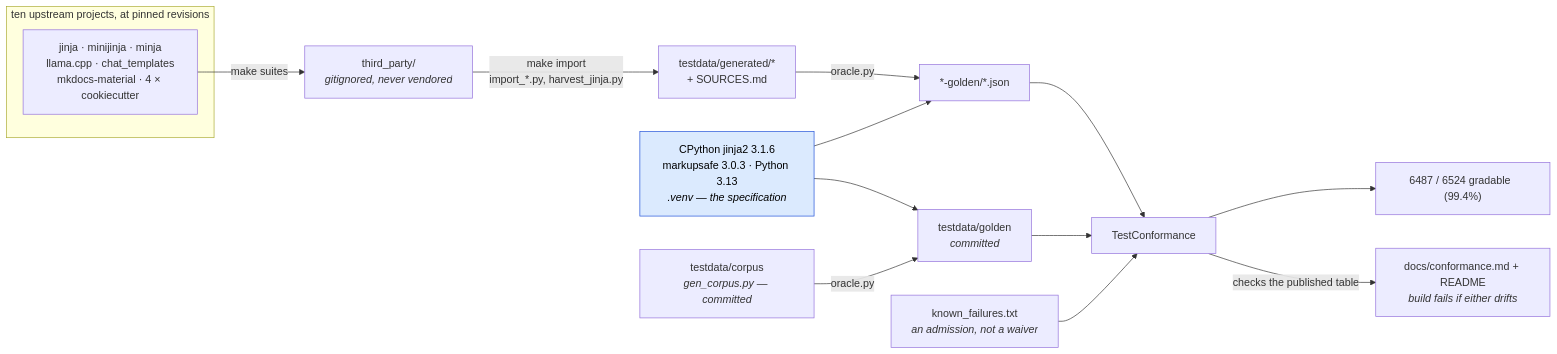
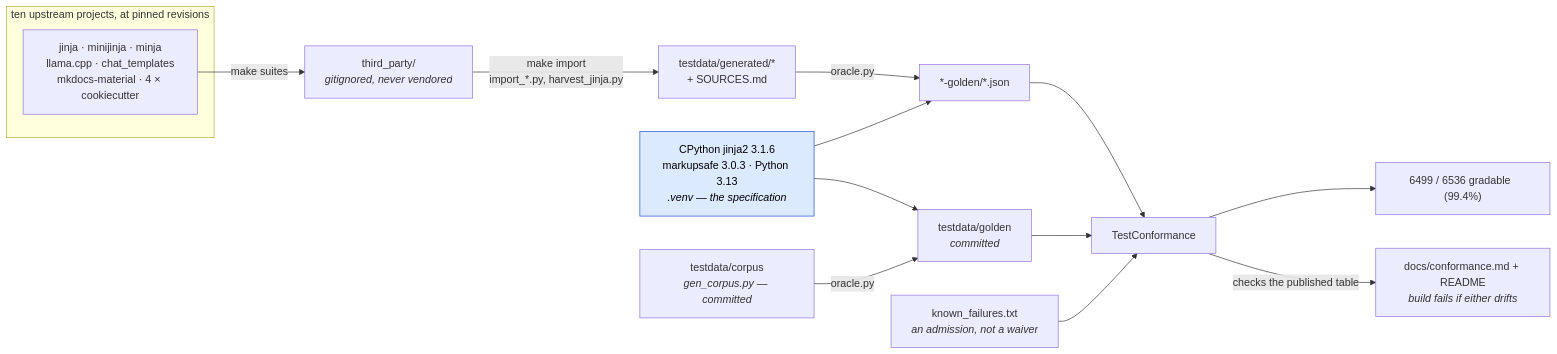
One commit to mgilbir/gojja2 changed the first of 2 diagrams in docs/conformance.md. Above: the diagram before and after it, drawn with Mermaid. The commit also changed other lines of this file and 42 other files, not shown here.

````diff
--- a/docs/conformance.md
+++ b/docs/conformance.md
@@ -17,24 +17,24 @@
 ```mermaid
 flowchart LR
     subgraph up["ten upstream projects, at pinned revisions"]
         U1["jinja · minijinja · minja<br/>llama.cpp · chat_templates<br/>mkdocs-material · 4 × cookiecutter"]
     end
     U1 -->|"make suites"| TP["third_party/<br/><i>gitignored, never vendored</i>"]
     TP -->|"make import<br/>import_*.py, harvest_jinja.py"| GEN["testdata/generated/*<br/>+ SOURCES.md"]
 
     ORA["CPython jinja2 3.1.6<br/>markupsafe 3.0.3 · Python 3.13<br/><i>.venv — the specification</i>"]
     GEN -->|"oracle.py"| G2["*-golden/*.json"]
     ORA --> G2
 
     OWN["testdata/corpus<br/><i>gen_corpus.py — committed</i>"] -->|"oracle.py"| G1["testdata/golden<br/><i>committed</i>"]
     ORA --> G1
 
     G1 --> TC["TestConformance"]
     G2 --> TC
     KF["known_failures.txt<br/><i>an admission, not a waiver</i>"] --> TC
-    TC --> RATE["6487 / 6524 gradable  (99.4%)"]
+    TC --> RATE["6499 / 6536 gradable  (99.4%)"]
     TC -->|"checks the published table"| RM["docs/conformance.md + README<br/><i>build fails if either drifts</i>"]
 
     classDef spec fill:#dbeafe,stroke:#1d4ed8,color:#000
     class ORA spec
 ```
````
